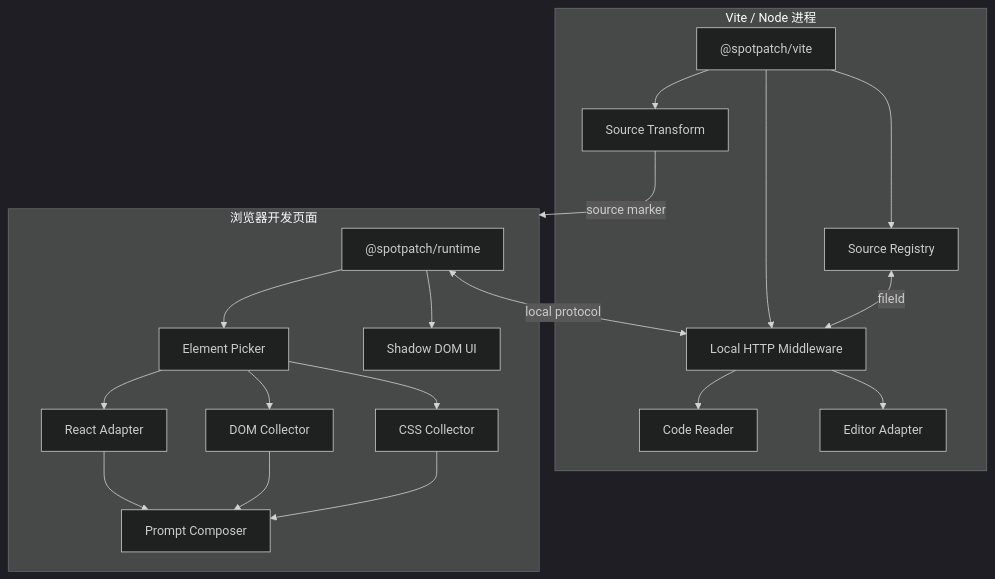
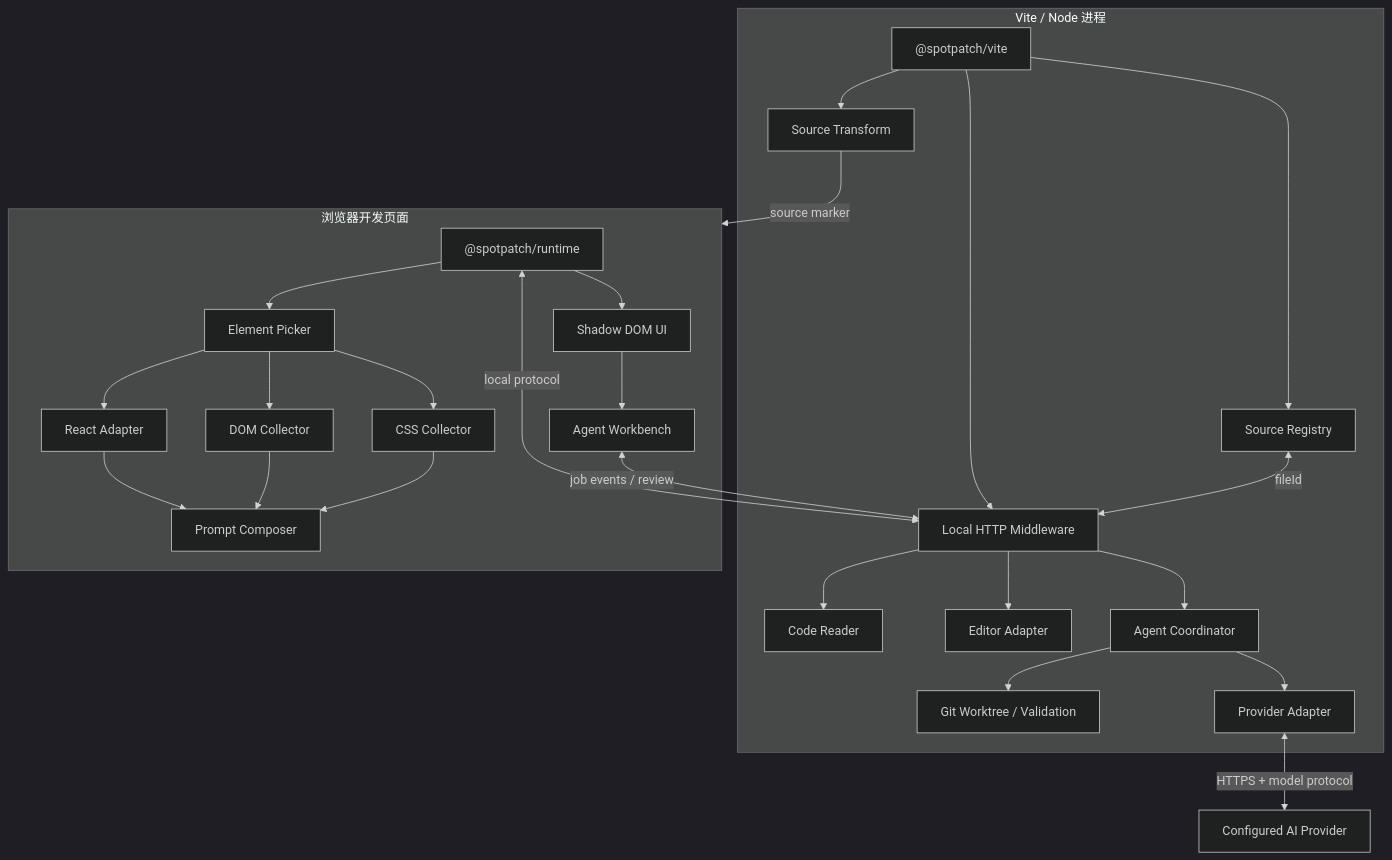
One commit to huanglvjing/spotpatch changed the diagram in docs/技术方案/02-总体架构与技术栈.md. Above: the diagram before and after it, drawn with Mermaid (dark theme). The commit also changed other lines of this file and 15 other files, not shown here.

First line of the commit message:
docs(spec): define provider-configured AI agent execution

````diff
--- a/docs/技术方案/02-总体架构与技术栈.md
+++ b/docs/技术方案/02-总体架构与技术栈.md
@@ -52,38 +54,50 @@
 ```mermaid
 flowchart TB
   subgraph Node["Vite / Node 进程"]
     VP["@spotpatch/vite"]
     TR["Source Transform"]
     REG["Source Registry"]
     API["Local HTTP Middleware"]
     CR["Code Reader"]
     ED["Editor Adapter"]
+    AG["Agent Coordinator"]
+    WT["Git Worktree / Validation"]
+    PA["Provider Adapter"]
     VP --> TR
     VP --> REG
     VP --> API
     API --> CR
     API --> ED
+    API --> AG
+    AG --> WT
+    AG --> PA
   end
 
   subgraph Browser["浏览器开发页面"]
     RT["@spotpatch/runtime"]
     PICK["Element Picker"]
     RA["React Adapter"]
     DOM["DOM Collector"]
     CSS["CSS Collector"]
     UI["Shadow DOM UI"]
     PROMPT["Prompt Composer"]
+    AW["Agent Workbench"]
     RT --> PICK
     PICK --> RA
     PICK --> DOM
     PICK --> CSS
     RT --> UI
     RA --> PROMPT
     DOM --> PROMPT
     CSS --> PROMPT
+    UI --> AW
   end
+
+  EXT["Configured AI Provider"]
 
   TR -->|"source marker"| Browser
   REG <-->|"fileId"| API
   RT <-->|"local protocol"| API
+  AW <-->|"job events / review"| API
+  PA <-->|"HTTPS + model protocol"| EXT
 ```
````
